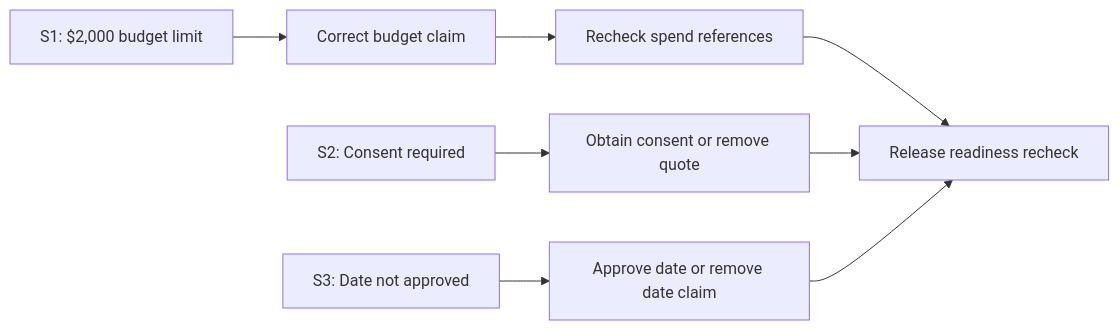
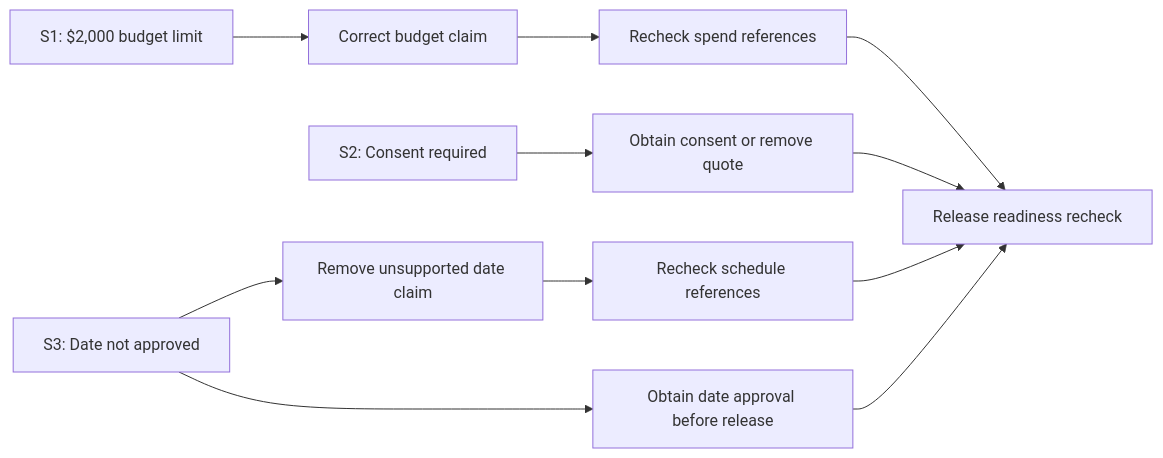
Before and after one commit to kendall-matthews/second-pass-audit: the diagram in EXAMPLES.md, drawn with Mermaid. The commit also changed other lines of this file, not shown here.

Commit message:
Clarify source-backed release gate in visual example

````diff
--- a/EXAMPLES.md
+++ b/EXAMPLES.md
@@ -65,10 +65,13 @@
 ```mermaid
 flowchart LR
     S1["S1: $2,000 budget limit"] --> C1["Correct budget claim"]
     C1 --> R1["Recheck spend references"]
     S2["S2: Consent required"] --> P2["Obtain consent or remove quote"]
-    S3["S3: Date not approved"] --> P3["Approve date or remove date claim"]
+    S3["S3: Date not approved"] --> C3["Remove unsupported date claim"]
+    C3 --> R3["Recheck schedule references"]
+    R3 --> G
+    S3 --> P3["Obtain date approval before release"]
     R1 --> G["Release readiness recheck"]
     P2 --> G
     P3 --> G
 ```
````
